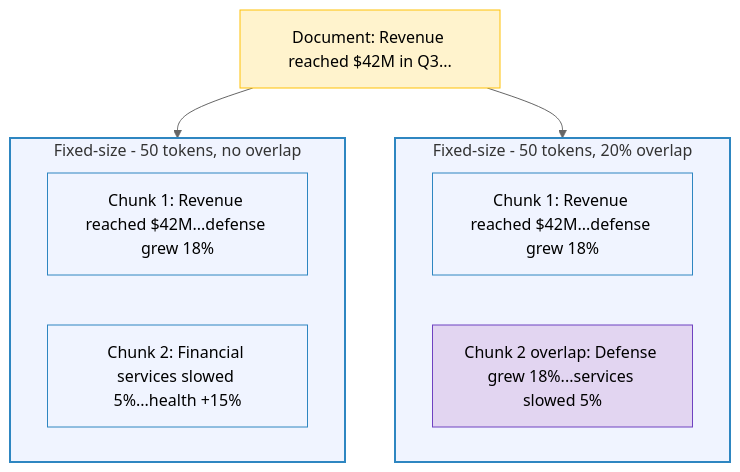
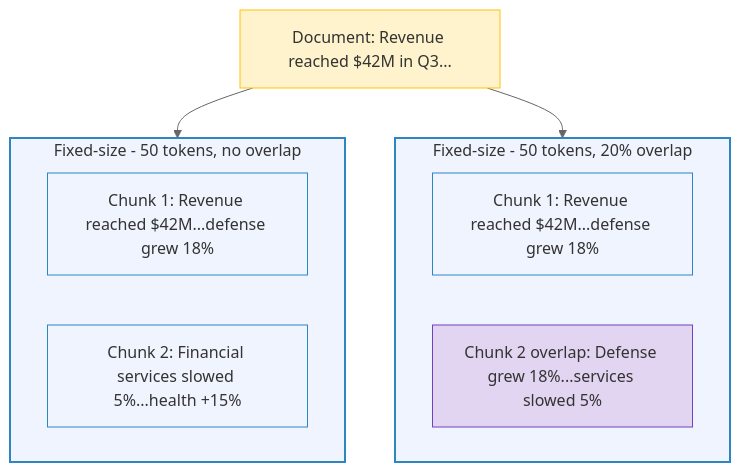
The second of 10 diagrams in docs/04-rag-deep-dive.md (ithinktavo/GenAI-Engineering-Handbook), drawn with Mermaid (neutral theme) before and after one commit. The commit also changed other lines of this file and 9 other files, not shown here.

Commit message:
Fix Mermaid diagram text contrast: add color:#333 for readable dark text on colored backgrounds

````diff
--- a/docs/04-rag-deep-dive.md
+++ b/docs/04-rag-deep-dive.md
@@ -95,25 +95,25 @@
 ```mermaid
 graph TD
     DOC["Document: Revenue reached $42M in Q3..."]
 
     subgraph NO_OL["Fixed-size - 50 tokens, no overlap"]
         A1["Chunk 1: Revenue reached $42M...defense grew 18%"]
         A2["Chunk 2: Financial services slowed 5%...health +15%"]
     end
 
     subgraph OL["Fixed-size - 50 tokens, 20% overlap"]
         B1["Chunk 1: Revenue reached $42M...defense grew 18%"]
         B2["Chunk 2 overlap: Defense grew 18%...services slowed 5%"]
     end
 
     DOC --> NO_OL
     DOC --> OL
 
-    style DOC fill:#fff3cd,stroke:#ffc107
-    style NO_OL fill:#f0f4ff,stroke:#2E86C1,stroke-width:2px
-    style OL fill:#f0f4ff,stroke:#2E86C1,stroke-width:2px
-    style A1 fill:#f0f4ff,stroke:#2E86C1
-    style A2 fill:#f0f4ff,stroke:#2E86C1
-    style B1 fill:#f0f4ff,stroke:#2E86C1
-    style B2 fill:#e2d5f1,stroke:#6f42c1
+    style DOC fill:#fff3cd,stroke:#ffc107,color:#333
+    style NO_OL fill:#f0f4ff,stroke:#2E86C1,stroke-width:2px,color:#333
+    style OL fill:#f0f4ff,stroke:#2E86C1,stroke-width:2px,color:#333
+    style A1 fill:#f0f4ff,stroke:#2E86C1,color:#333
+    style A2 fill:#f0f4ff,stroke:#2E86C1,color:#333
+    style B1 fill:#f0f4ff,stroke:#2E86C1,color:#333
+    style B2 fill:#e2d5f1,stroke:#6f42c1,color:#333
 ```
````
